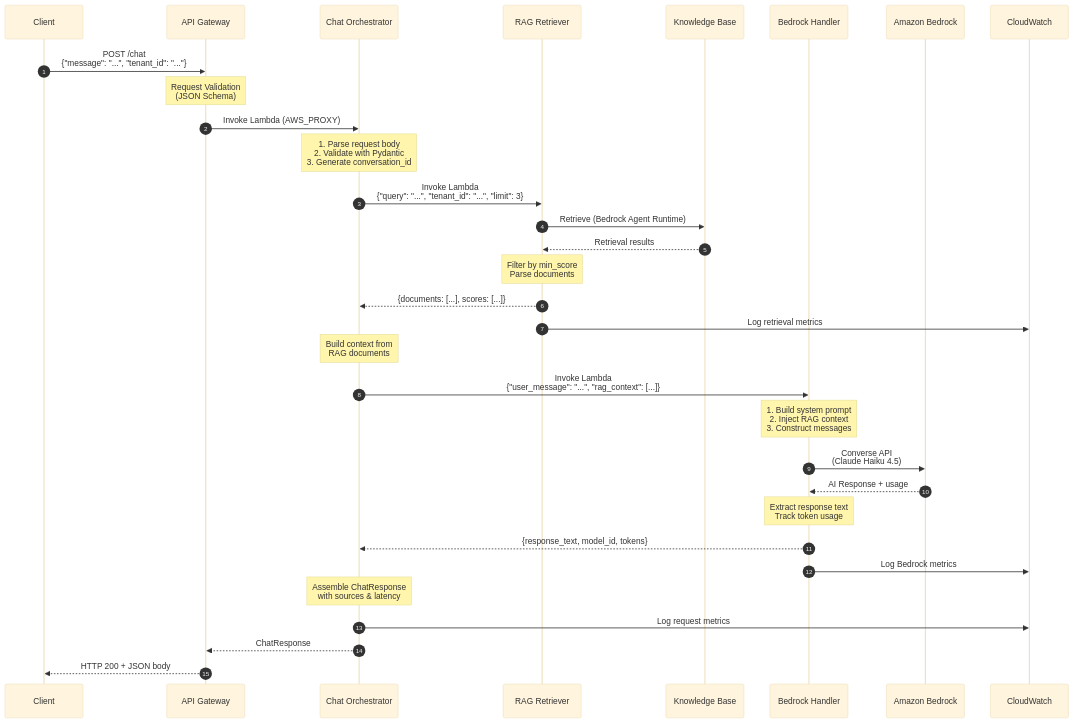
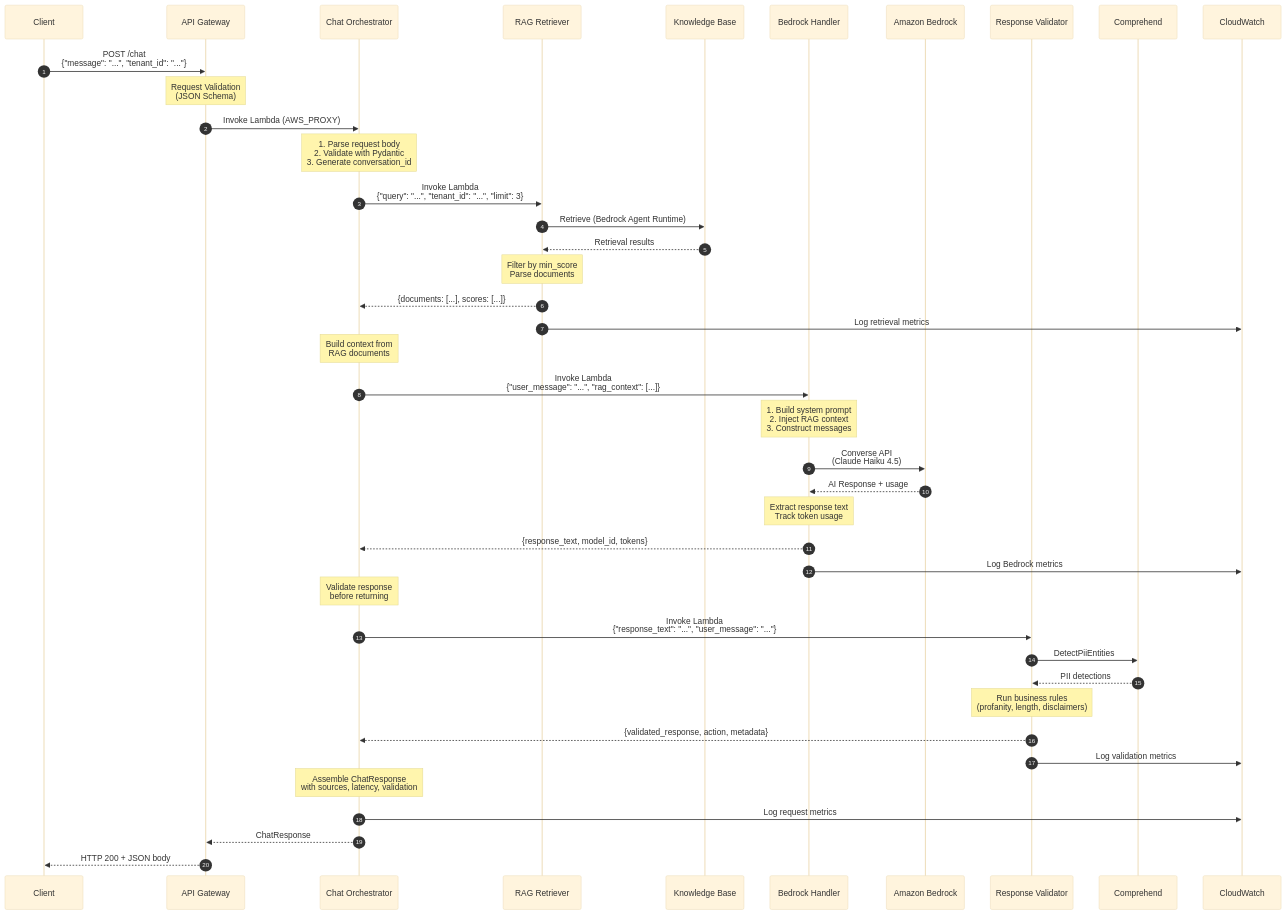
The first of 24 diagrams in docs/architecture/data-flow.md (jujubear24/ai-customer-service-bot), drawn with Mermaid (base theme) before and after one commit. The commit also changed other lines of this file and 3 other files, not shown here.

First line of the commit message:
docs(response-validator): add E2E tests and documentation

````diff
--- a/docs/architecture/data-flow.md
+++ b/docs/architecture/data-flow.md
@@ -18,50 +19,64 @@
 ```mermaid
 sequenceDiagram
     autonumber
     participant C as Client
     participant AG as API Gateway
     participant CO as Chat Orchestrator
     participant RR as RAG Retriever
     participant KB as Knowledge Base
     participant BH as Bedrock Handler
     participant BR as Amazon Bedrock
+    participant RV as Response Validator
+    participant CP as Comprehend
     participant CW as CloudWatch
 
     C->>AG: POST /chat<br/>{"message": "...", "tenant_id": "..."}
 
     Note over AG: Request Validation<br/>(JSON Schema)
 
     AG->>CO: Invoke Lambda (AWS_PROXY)
 
     Note over CO: 1. Parse request body<br/>2. Validate with Pydantic<br/>3. Generate conversation_id
 
     CO->>RR: Invoke Lambda<br/>{"query": "...", "tenant_id": "...", "limit": 3}
 
     RR->>KB: Retrieve (Bedrock Agent Runtime)
     KB-->>RR: Retrieval results
 
     Note over RR: Filter by min_score<br/>Parse documents
 
     RR-->>CO: {documents: [...], scores: [...]}
     RR->>CW: Log retrieval metrics
 
     Note over CO: Build context from<br/>RAG documents
 
     CO->>BH: Invoke Lambda<br/>{"user_message": "...", "rag_context": [...]}
 
     Note over BH: 1. Build system prompt<br/>2. Inject RAG context<br/>3. Construct messages
 
     BH->>BR: Converse API<br/>(Claude Haiku 4.5)
     BR-->>BH: AI Response + usage
 
     Note over BH: Extract response text<br/>Track token usage
 
     BH-->>CO: {response_text, model_id, tokens}
     BH->>CW: Log Bedrock metrics
 
-    Note over CO: Assemble ChatResponse<br/>with sources & latency
+    Note over CO: Validate response<br/>before returning
+
+    CO->>RV: Invoke Lambda<br/>{"response_text": "...", "user_message": "..."}
+
+    RV->>CP: DetectPiiEntities
+    CP-->>RV: PII detections
+
+    Note over RV: Run business rules<br/>(profanity, length, disclaimers)
+
+    RV-->>CO: {validated_response, action, metadata}
+    RV->>CW: Log validation metrics
+
+    Note over CO: Assemble ChatResponse<br/>with sources, latency, validation
 
     CO->>CW: Log request metrics
     CO-->>AG: ChatResponse
     AG-->>C: HTTP 200 + JSON body
 ```
````
